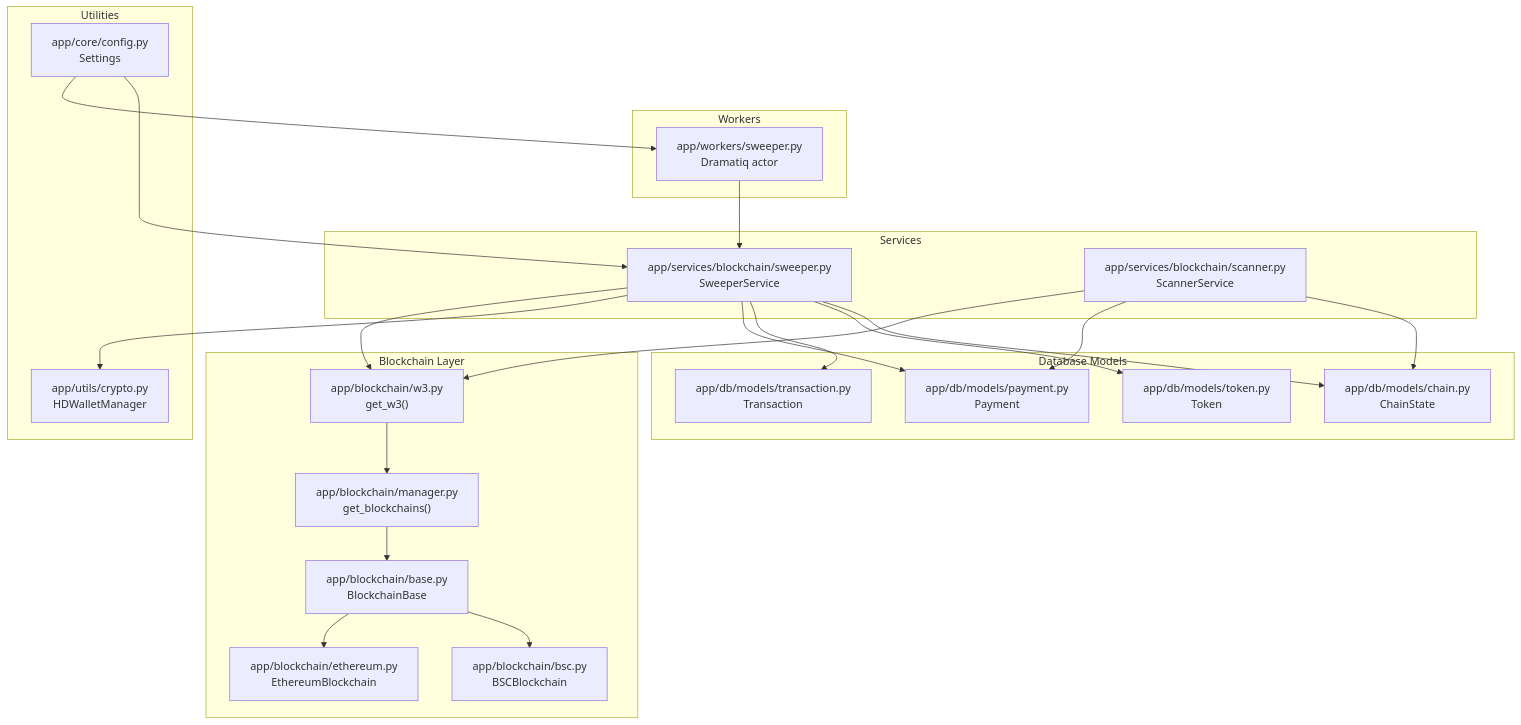
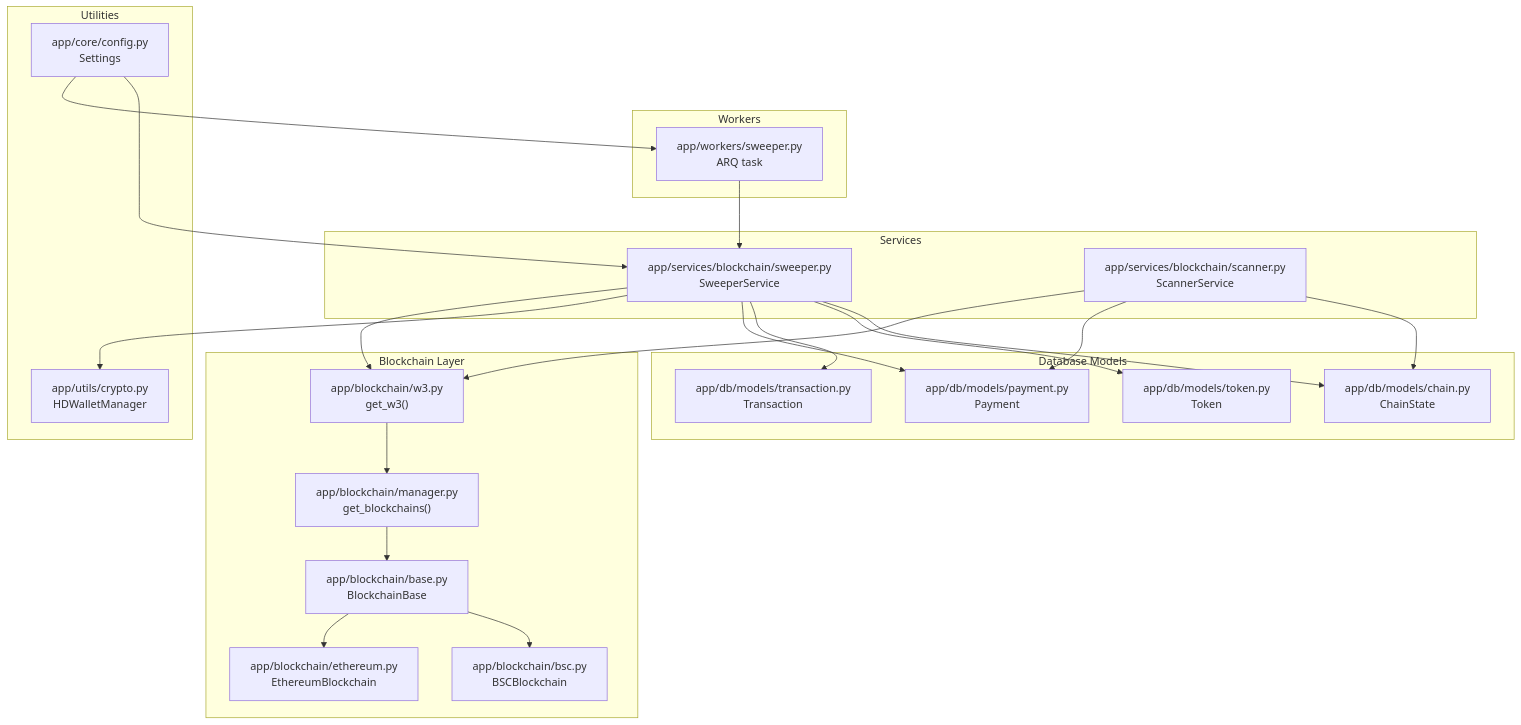
One commit to rakibhossain72/ctrip-docs changed the first of 9 diagrams in docs/core-services/sweeper-service.md. Above: the diagram before and after it, drawn with Mermaid. The commit also changed other lines of this file and 25 other files, not shown here.

First line of the commit message:
docs: Update documentation to reflect ARQ task migration from Dramatiq

````diff
--- a/docs/core-services/sweeper-service.md
+++ b/docs/core-services/sweeper-service.md
@@ -41,43 +41,43 @@
 ```mermaid
 graph TB
 subgraph "Workers"
-SWW["app/workers/sweeper.py<br/>Dramatiq actor"]
+SWW["app/workers/sweeper.py<br/>ARQ task"]
 end
 subgraph "Services"
 SWS["app/services/blockchain/sweeper.py<br/>SweeperService"]
 SCN["app/services/blockchain/scanner.py<br/>ScannerService"]
 end
 subgraph "Blockchain Layer"
 W3["app/blockchain/w3.py<br/>get_w3()"]
 BM["app/blockchain/manager.py<br/>get_blockchains()"]
 BB["app/blockchain/base.py<br/>BlockchainBase"]
 ETH["app/blockchain/ethereum.py<br/>EthereumBlockchain"]
 BSC["app/blockchain/bsc.py<br/>BSCBlockchain"]
 end
 subgraph "Utilities"
 HD["app/utils/crypto.py<br/>HDWalletManager"]
 CFG["app/core/config.py<br/>Settings"]
 end
 subgraph "Database Models"
 PAY["app/db/models/payment.py<br/>Payment"]
 TX["app/db/models/transaction.py<br/>Transaction"]
 TOK["app/db/models/token.py<br/>Token"]
 CHAIN["app/db/models/chain.py<br/>ChainState"]
 end
 SWW --> SWS
 SWS --> W3
 W3 --> BM
 BM --> BB
 BB --> ETH
 BB --> BSC
 SWS --> HD
 SWS --> PAY
 SWS --> TX
 SWS --> TOK
 SWS --> CHAIN
 SCN --> W3
 SCN --> PAY
 SCN --> CHAIN
 CFG --> SWW
 CFG --> SWS
 ```
````
